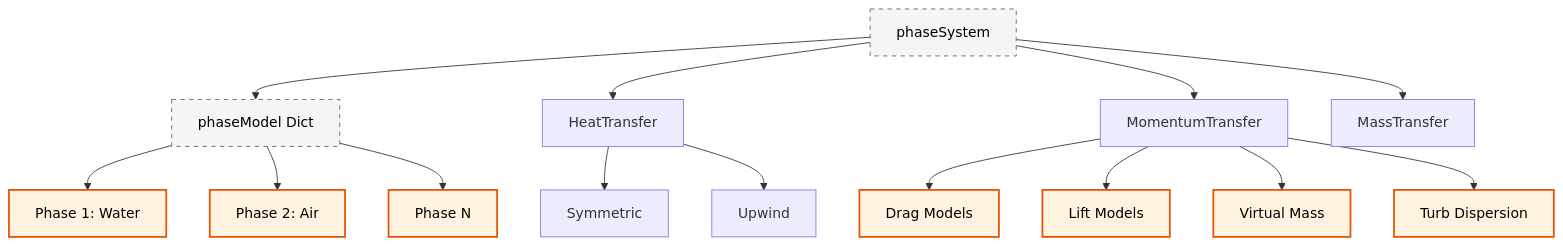
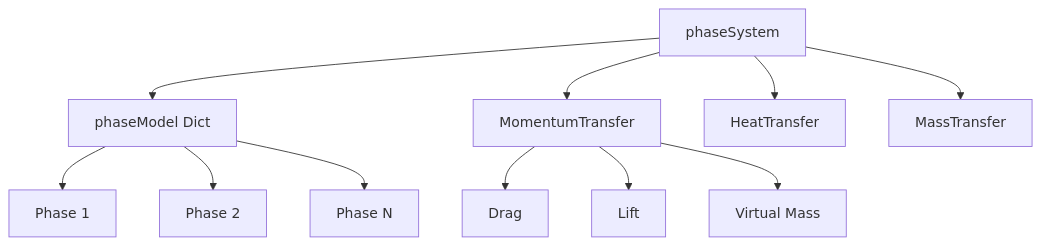
The first of 2 diagrams in MODULE_04_MULTIPHASE_FUNDAMENTALS/CONTENT/06_IMPLEMENTATION/00_Overview.md (wramet/build-my-cfd), drawn with Mermaid before and after one commit. The commit also changed other lines of this file and 384 other files, not shown here.

````diff
--- a/MODULE_04_MULTIPHASE_FUNDAMENTALS/CONTENT/06_IMPLEMENTATION/00_Overview.md
+++ b/MODULE_04_MULTIPHASE_FUNDAMENTALS/CONTENT/06_IMPLEMENTATION/00_Overview.md
@@ -140,19 +11,13 @@
 ```mermaid
 flowchart TD
-classDef implicit fill:#e1f5fe,stroke:#01579b,stroke-width:2px,color:#000
-classDef explicit fill:#fff3e0,stroke:#e65100,stroke-width:2px,color:#000
-classDef context fill:#f5f5f5,stroke:#616161,stroke-width:1px,color:#000,stroke-dasharray: 5 5
-A[phaseSystem]:::context --> B[phaseModel Dict]:::context
-A --> C[HeatTransfer]
-A --> D[MomentumTransfer]
-A --> E[MassTransfer]
-B --> B1[Phase 1: Water]:::explicit
-B --> B2[Phase 2: Air]:::explicit
-B --> B3[Phase N]:::explicit
-C --> C1[Symmetric]
-C --> C2[Upwind]
-D --> D1[Drag Models]:::explicit
-D --> D2[Lift Models]:::explicit
-D --> D3[Virtual Mass]:::explicit
-D --> D4[Turb Dispersion]:::explicit
+    A[phaseSystem] --> B[phaseModel Dict]
+    A --> C[MomentumTransfer]
+    A --> D[HeatTransfer]
+    A --> E[MassTransfer]
+    B --> B1[Phase 1]
+    B --> B2[Phase 2]
+    B --> B3[Phase N]
+    C --> C1[Drag]
+    C --> C2[Lift]
+    C --> C3[Virtual Mass]
 ```
````
